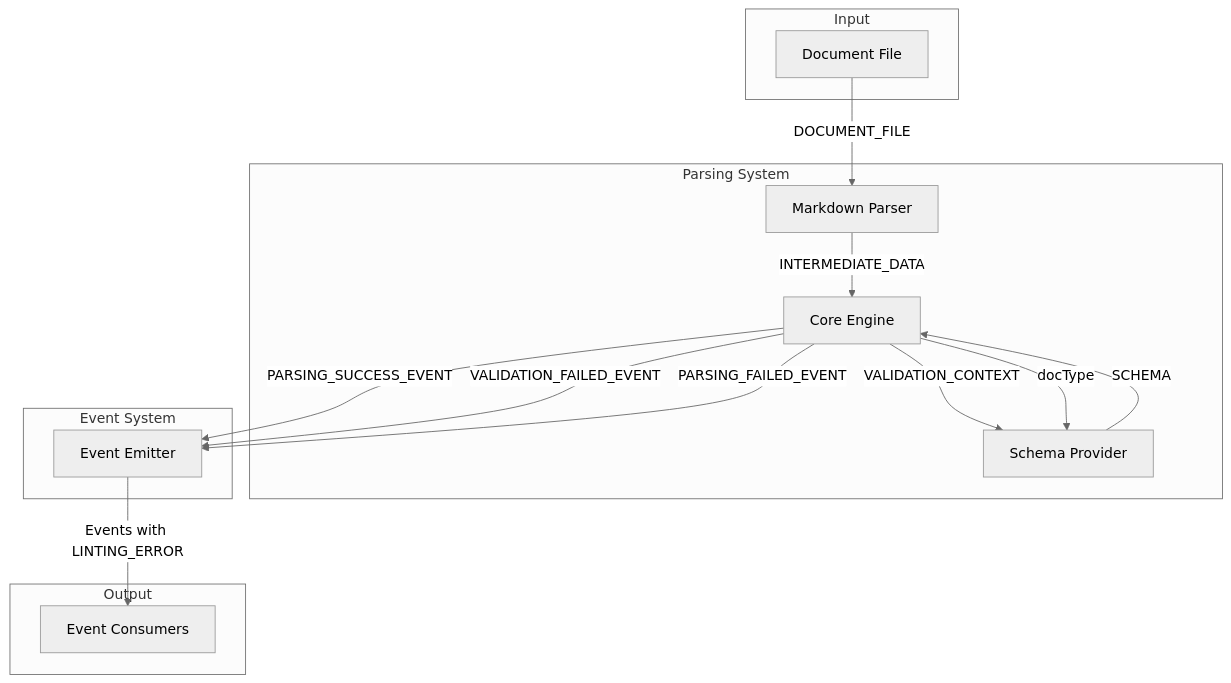
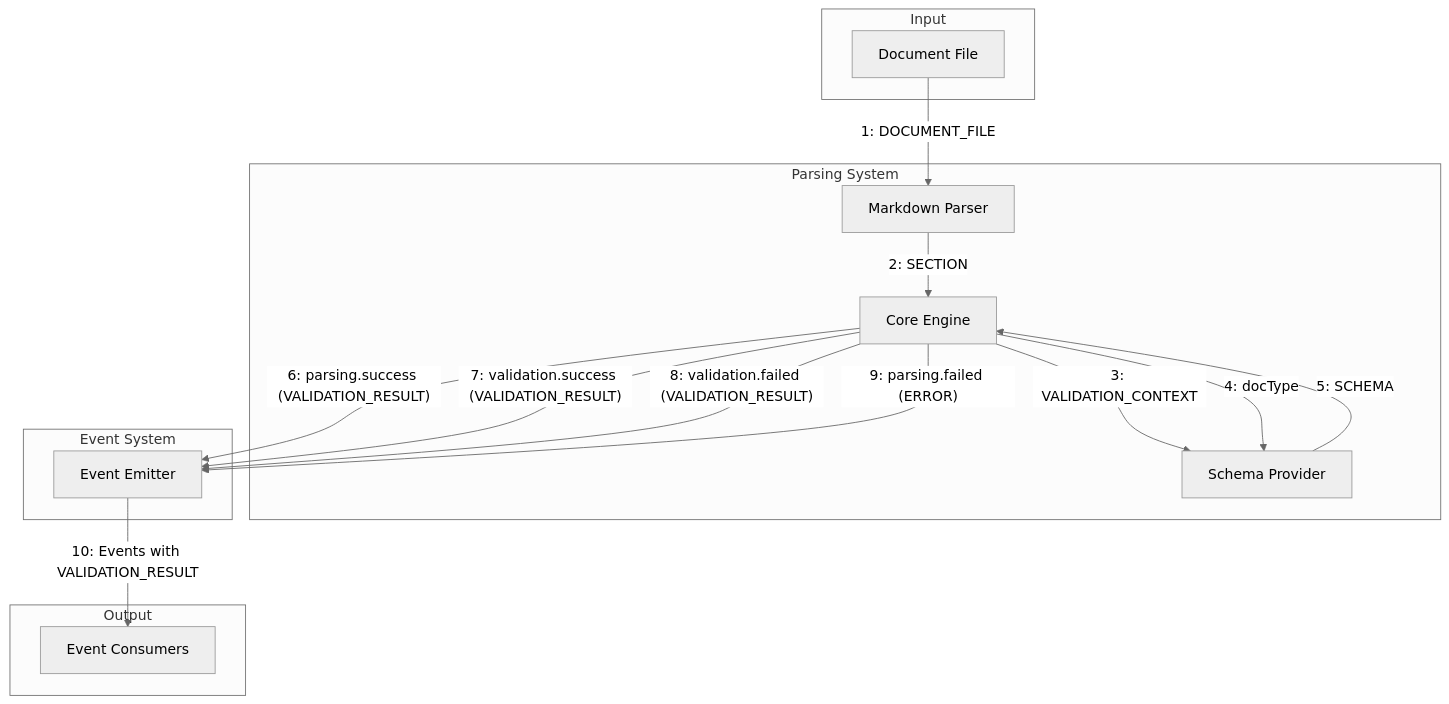
Before and after one commit to livelifelively/documentation-driven-development-tools: the sixth of 7 diagrams in docs/requirements/p1.p5-doc-parser.plan.md, drawn with Mermaid (neutral theme). The commit also changed other lines of this file and 9 other files, not shown here.

````diff
--- a/docs/requirements/p1.p5-doc-parser.plan.md
+++ b/docs/requirements/p1.p5-doc-parser.plan.md
@@ -367,30 +296,31 @@
 ```mermaid
 graph TD
     subgraph "Input"
         A["Document File"]
     end
 
     subgraph "Parsing System"
         B[Markdown Parser]
         C[Core Engine]
         D[Schema Provider]
     end
 
     subgraph "Event System"
         E[Event Emitter]
     end
 
     subgraph "Output"
         F[Event Consumers]
     end
 
-    A -- "DOCUMENT_FILE" --> B
-    B -- "INTERMEDIATE_DATA" --> C
-    C -- "VALIDATION_CONTEXT" --> D
-    C -- "docType" --> D
-    D -- "SCHEMA" --> C
-    C -- "PARSING_SUCCESS_EVENT" --> E
-    C -- "VALIDATION_FAILED_EVENT" --> E
-    C -- "PARSING_FAILED_EVENT" --> E
-    E -- "Events with LINTING_ERROR" --> F
+    A -- "1: DOCUMENT_FILE" --> B
+    B -- "2: SECTION" --> C
+    C -- "3: VALIDATION_CONTEXT" --> D
+    C -- "4: docType" --> D
+    D -- "5: SCHEMA" --> C
+    C -- "6: parsing.success (VALIDATION_RESULT)" --> E
+    C -- "7: validation.success (VALIDATION_RESULT)" --> E
+    C -- "8: validation.failed (VALIDATION_RESULT)" --> E
+    C -- "9: parsing.failed (ERROR)" --> E
+    E -- "10: Events with VALIDATION_RESULT" --> F
 ```
````
